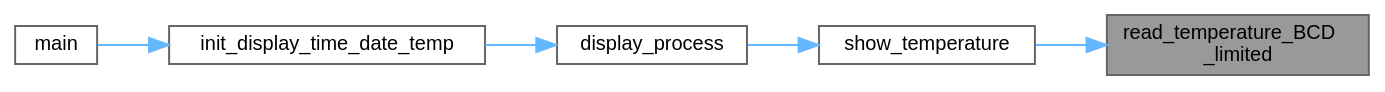
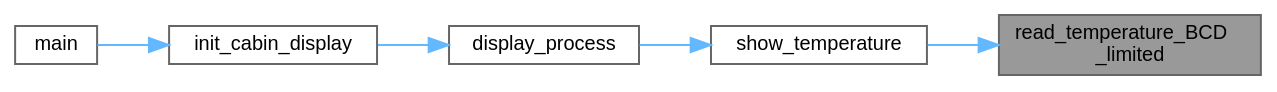
One commit to Ghaadyy/elevator-controller changed the diagram in dev/tempr_8c_ae4bae2d28c2da41a357799d6387d0eaa_icgraph.dot. Above: the diagram before and after it, drawn with Graphviz. The commit also changed 83 other files, not shown here.

```diff
--- a/dev/tempr_8c_ae4bae2d28c2da41a357799d6387d0eaa_icgraph.dot
+++ b/dev/tempr_8c_ae4bae2d28c2da41a357799d6387d0eaa_icgraph.dot
@@ -1,17 +1,17 @@
 digraph "read_temperature_BCD_limited"
 {
  // LATEX_PDF_SIZE
   bgcolor="transparent";
   edge [fontname=Helvetica,fontsize=10,labelfontname=Helvetica,labelfontsize=10];
   node [fontname=Helvetica,fontsize=10,shape=box,height=0.2,width=0.4];
   rankdir="RL";
   Node1 [id="Node000001",label="read_temperature_BCD\l_limited",height=0.2,width=0.4,color="gray40", fillcolor="grey60", style="filled", fontcolor="black",tooltip="Get the temperature in BCD format limited to 2 digits."];
   Node1 -> Node2 [id="edge1_Node000001_Node000002",dir="back",color="steelblue1",style="solid",tooltip=" "];
-  Node2 [id="Node000002",label="show_temperature",height=0.2,width=0.4,color="grey40", fillcolor="white", style="filled",URL="$display__time__date__temp_8c.html#aedcec35a740c8a26d4d07a7e0e80ba14",tooltip="Display the current temperature in (TT dC) format."];
+  Node2 [id="Node000002",label="show_temperature",height=0.2,width=0.4,color="grey40", fillcolor="white", style="filled",URL="$cabin__display_8c.html#aedcec35a740c8a26d4d07a7e0e80ba14",tooltip="Display the current temperature in (TT dC) format."];
   Node2 -> Node3 [id="edge2_Node000002_Node000003",dir="back",color="steelblue1",style="solid",tooltip=" "];
-  Node3 [id="Node000003",label="display_process",height=0.2,width=0.4,color="grey40", fillcolor="white", style="filled",URL="$display__time__date__temp_8c.html#a623676cea54e765bc09b0150f9f11ee3",tooltip="Task that cycles through and displays time, date, and temperature."];
+  Node3 [id="Node000003",label="display_process",height=0.2,width=0.4,color="grey40", fillcolor="white", style="filled",URL="$cabin__display_8c.html#a623676cea54e765bc09b0150f9f11ee3",tooltip="Task that cycles through and displays time, date, and temperature."];
   Node3 -> Node4 [id="edge3_Node000003_Node000004",dir="back",color="steelblue1",style="solid",tooltip=" "];
-  Node4 [id="Node000004",label="init_display_time_date_temp",height=0.2,width=0.4,color="grey40", fillcolor="white", style="filled",URL="$display__time__date__temp_8c.html#a08d88c70d567692f6f4900a3842eda5a",tooltip="Initialize and start the task."];
+  Node4 [id="Node000004",label="init_cabin_display",height=0.2,width=0.4,color="grey40", fillcolor="white", style="filled",URL="$cabin__display_8c.html#aac8ba457dfa063e7eada179b4842ae39",tooltip="Initialize and start the task."];
   Node4 -> Node5 [id="edge4_Node000004_Node000005",dir="back",color="steelblue1",style="solid",tooltip=" "];
   Node5 [id="Node000005",label="main",height=0.2,width=0.4,color="grey40", fillcolor="white", style="filled",URL="$main_8c.html#acdef7a1fd863a6d3770c1268cb06add3",tooltip=" "];
 }
```
